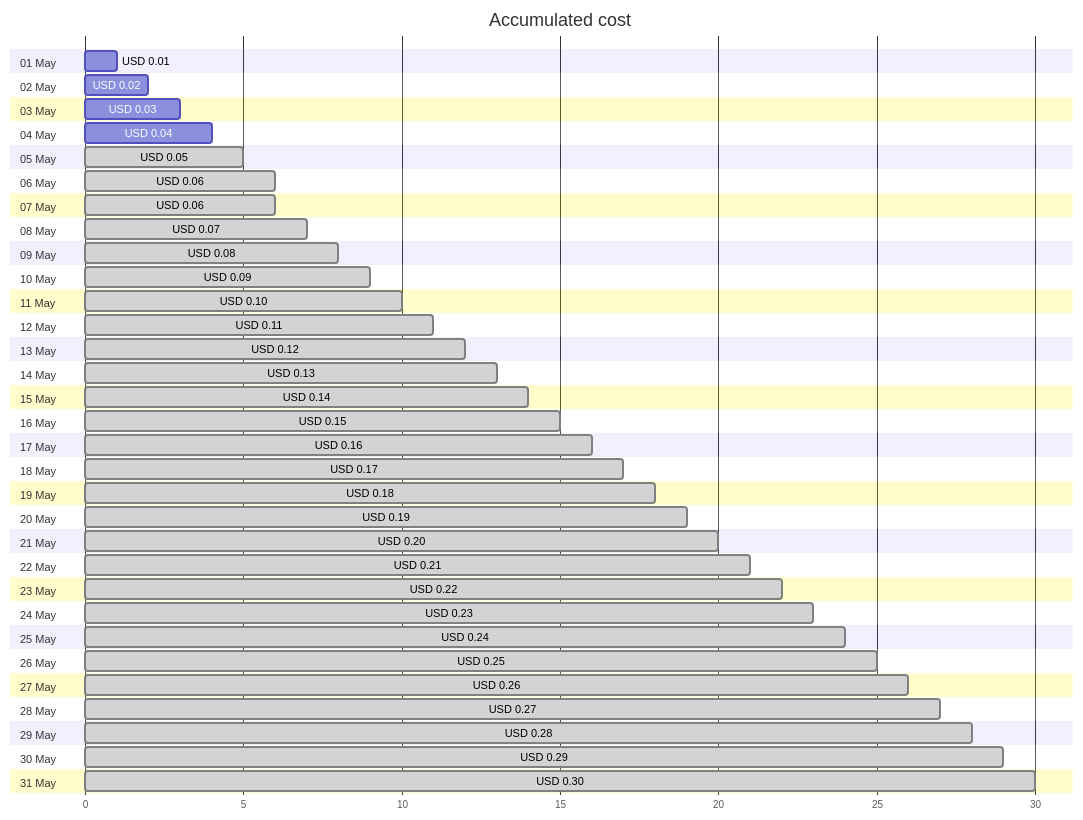
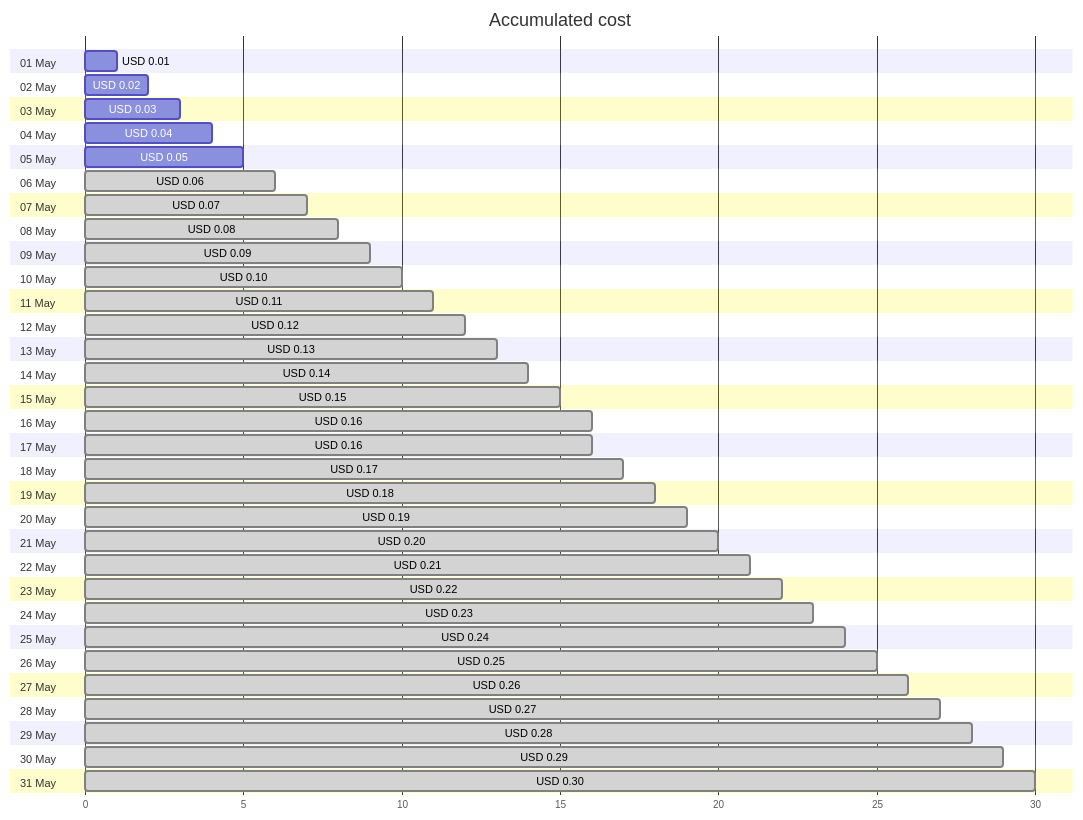
One commit to jpfulton/azure-personal-reports changed the first of 4 diagrams in cost-reports/cloud-shell-storage-eastus/README.md. Above: the diagram before and after it, drawn with Mermaid. The commit also changed other lines of this file and 1 other file, not shown here.

````diff
--- a/cost-reports/cloud-shell-storage-eastus/README.md
+++ b/cost-reports/cloud-shell-storage-eastus/README.md
@@ -20,68 +20,68 @@
 ```mermaid
 gantt
    title Accumulated cost
    dateFormat  X
    axisFormat %s
    section 01 May
    USD 0.01 :0, 1
    section 02 May
    USD 0.02 :0, 2
    section 03 May
    USD 0.03 :0, 3
    section 04 May
    USD 0.04 :0, 4
    section 05 May
-   USD 0.05 : done, 0, 5
+   USD 0.05 :0, 5
    section 06 May
    USD 0.06 : done, 0, 6
    section 07 May
-   USD 0.06 : done, 0, 6
+   USD 0.07 : done, 0, 7
    section 08 May
-   USD 0.07 : done, 0, 7
+   USD 0.08 : done, 0, 8
    section 09 May
-   USD 0.08 : done, 0, 8
+   USD 0.09 : done, 0, 9
    section 10 May
-   USD 0.09 : done, 0, 9
+   USD 0.10 : done, 0, 10
    section 11 May
-   USD 0.10 : done, 0, 10
+   USD 0.11 : done, 0, 11
    section 12 May
-   USD 0.11 : done, 0, 11
+   USD 0.12 : done, 0, 12
    section 13 May
-   USD 0.12 : done, 0, 12
+   USD 0.13 : done, 0, 13
    section 14 May
-   USD 0.13 : done, 0, 13
+   USD 0.14 : done, 0, 14
    section 15 May
-   USD 0.14 : done, 0, 14
+   USD 0.15 : done, 0, 15
    section 16 May
-   USD 0.15 : done, 0, 15
+   USD 0.16 : done, 0, 16
    section 17 May
    USD 0.16 : done, 0, 16
    section 18 May
    USD 0.17 : done, 0, 17
    section 19 May
    USD 0.18 : done, 0, 18
    section 20 May
    USD 0.19 : done, 0, 19
    section 21 May
    USD 0.20 : done, 0, 20
    section 22 May
    USD 0.21 : done, 0, 21
    section 23 May
    USD 0.22 : done, 0, 22
    section 24 May
    USD 0.23 : done, 0, 23
    section 25 May
    USD 0.24 : done, 0, 24
    section 26 May
    USD 0.25 : done, 0, 25
    section 27 May
    USD 0.26 : done, 0, 26
    section 28 May
    USD 0.27 : done, 0, 27
    section 29 May
    USD 0.28 : done, 0, 28
    section 30 May
    USD 0.29 : done, 0, 29
    section 31 May
    USD 0.30 : done, 0, 30
 ```
````
